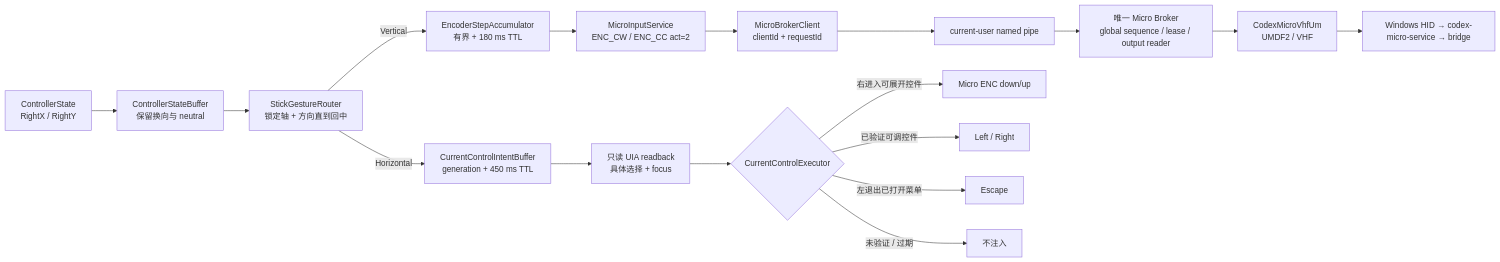
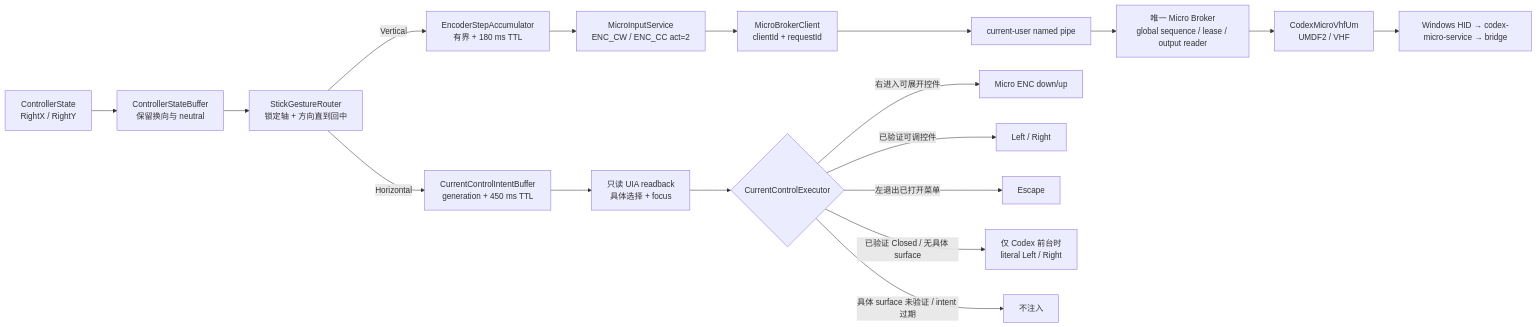
Before and after one commit to gantrol/AgentController: the third of 4 diagrams in todo/91-controller-input-known-issues.md, drawn with Mermaid. The commit also changed other lines of this file, not shown here.

````diff
--- a/todo/91-controller-input-known-issues.md
+++ b/todo/91-controller-input-known-issues.md
@@ -140,21 +156,22 @@
 ```mermaid
 flowchart LR
     State["ControllerState<br/>RightX / RightY"] --> Buffer["ControllerStateBuffer<br/>保留换向与 neutral"]
     Buffer --> Router["StickGestureRouter<br/>锁定轴 + 方向直到回中"]
 
     Router -->|"Vertical"| Encoder["EncoderStepAccumulator<br/>有界 + 180 ms TTL"]
     Encoder --> Micro["MicroInputService<br/>ENC_CW / ENC_CC act=2"]
     Micro --> Client["MicroBrokerClient<br/>clientId + requestId"]
     Client --> Pipe["current-user named pipe"]
     Pipe --> Broker["唯一 Micro Broker<br/>global sequence / lease / output reader"]
     Broker --> Driver["CodexMicroVhfUm<br/>UMDF2 / VHF"]
     Driver --> Codex["Windows HID → codex-micro-service → bridge"]
 
     Router -->|"Horizontal"| Intent["CurrentControlIntentBuffer<br/>generation + 450 ms TTL"]
     Intent --> Readback["只读 UIA readback<br/>具体选择 + focus"]
     Readback --> Executor{"CurrentControlExecutor"}
     Executor -->|"右进入可展开控件"| MicroPress["Micro ENC down/up"]
     Executor -->|"已验证可调控件"| Native["Left / Right"]
     Executor -->|"左退出已打开菜单"| Escape["Escape"]
-    Executor -->|"未验证 / 过期"| Drop["不注入"]
+    Executor -->|"已验证 Closed / 无具体 surface"| ClosedNative["仅 Codex 前台时<br/>literal Left / Right"]
+    Executor -->|"具体 surface 未验证 / intent 过期"| Drop["不注入"]
 ```
````
